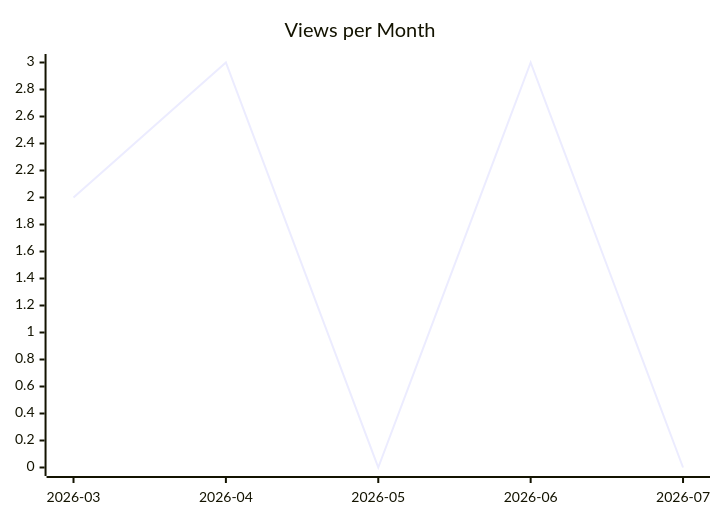
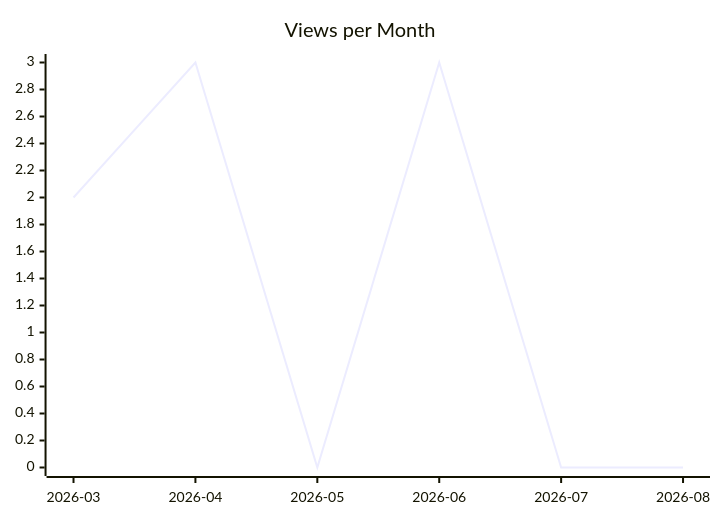
The second of 3 diagrams in karlmdavis/ansible-role-bind-dns/README.md (justdavis-family/github-analytics-data), drawn with Mermaid before and after one commit. The commit also changed other lines of this file and 184 other files, not shown here.

````diff
--- a/karlmdavis/ansible-role-bind-dns/README.md
+++ b/karlmdavis/ansible-role-bind-dns/README.md
@@ -12,6 +12,6 @@
 ```mermaid
 xychart-beta
   title "Views per Month"
-  x-axis ["2026-03", "2026-04", "2026-05", "2026-06", "2026-07"]
-  line [2, 3, 0, 3, 0]
+  x-axis ["2026-03", "2026-04", "2026-05", "2026-06", "2026-07", "2026-08"]
+  line [2, 3, 0, 3, 0, 0]
 ```
````
